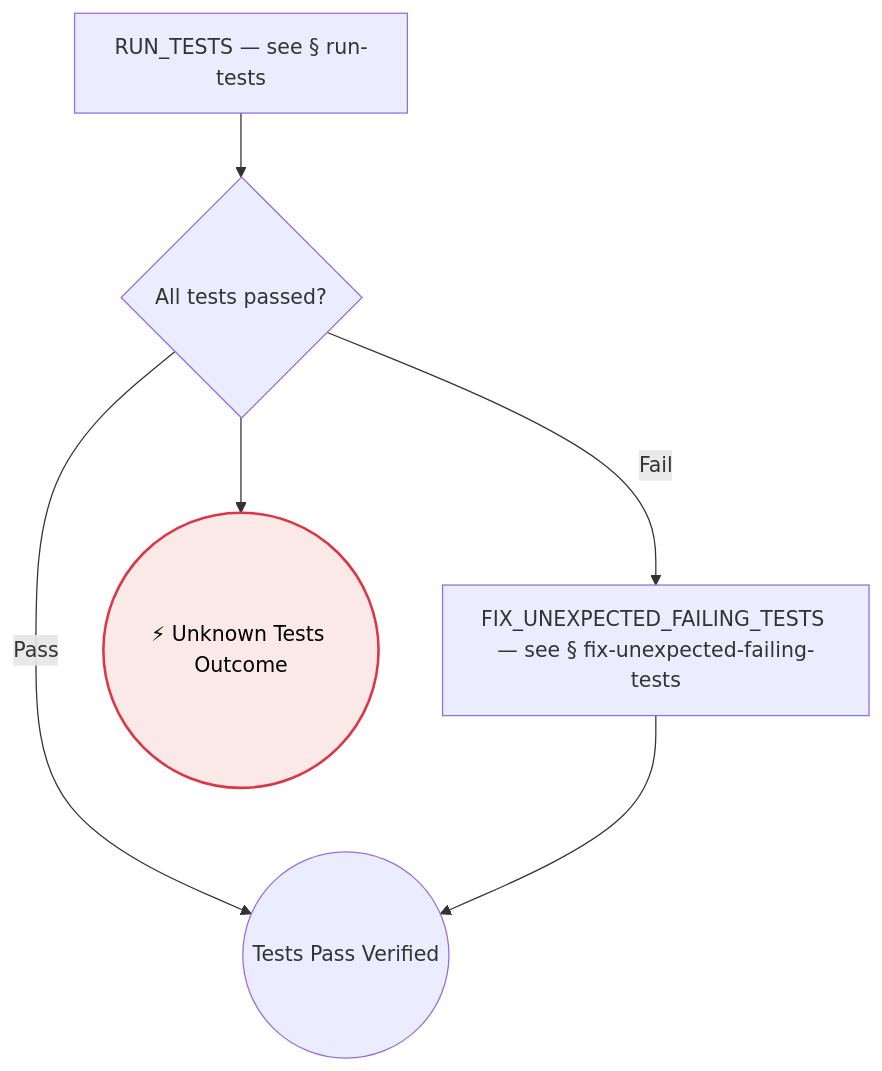
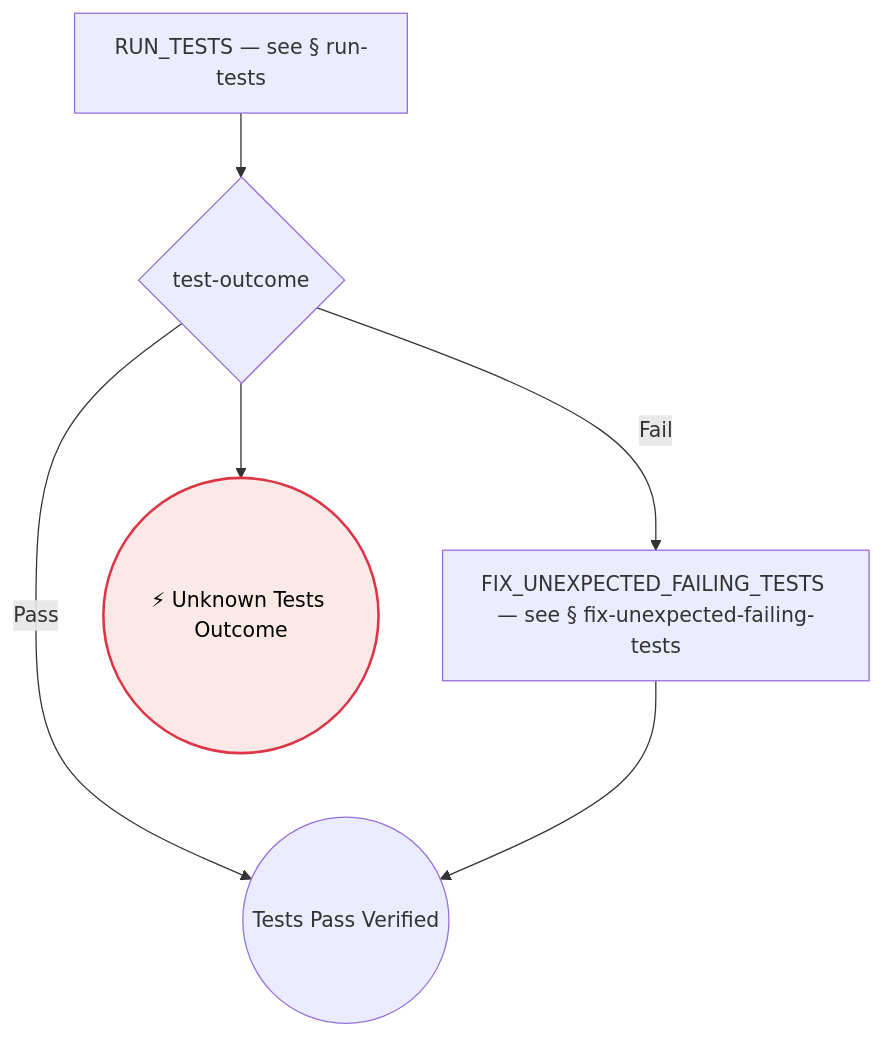
Before and after one commit to optivem/gh-optivem: diagram 24 of 50 in docs/process-diagram.md, drawn with Mermaid. The commit also changed other lines of this file and 3 other files, not shown here.

````diff
--- a/docs/process-diagram.md
+++ b/docs/process-diagram.md
@@ -505,17 +505,17 @@
 ```mermaid
 flowchart TD
     FIX_UNEXPECTED_FAILING_TESTS[FIX_UNEXPECTED_FAILING_TESTS — see § fix-unexpected-failing-tests]
-    GATE_TESTS_OUTCOME{All tests passed?}
+    GATE_TESTS_OUTCOME{test-outcome}
     RUN_TESTS[RUN_TESTS — see § run-tests]
     UNKNOWN_TESTS_OUTCOME((⚡ Unknown Tests Outcome))
     VERIFY_PASS_END((Tests Pass Verified))
 
     RUN_TESTS --> GATE_TESTS_OUTCOME
     GATE_TESTS_OUTCOME -- Pass --> VERIFY_PASS_END
     GATE_TESTS_OUTCOME -- Fail --> FIX_UNEXPECTED_FAILING_TESTS
     GATE_TESTS_OUTCOME --> UNKNOWN_TESTS_OUTCOME
     FIX_UNEXPECTED_FAILING_TESTS --> VERIFY_PASS_END
 
     classDef errorEndNode fill:#fbe9e7,stroke:#dc3545,stroke-width:2px,color:#000000
     class UNKNOWN_TESTS_OUTCOME errorEndNode
 ```
````
